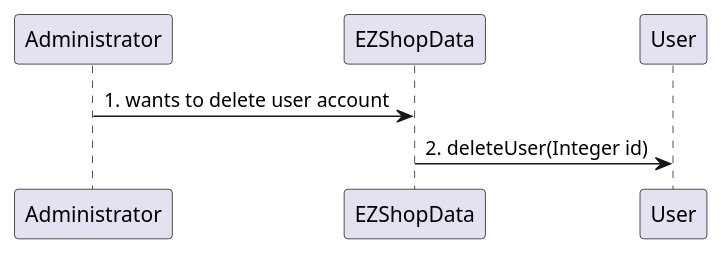
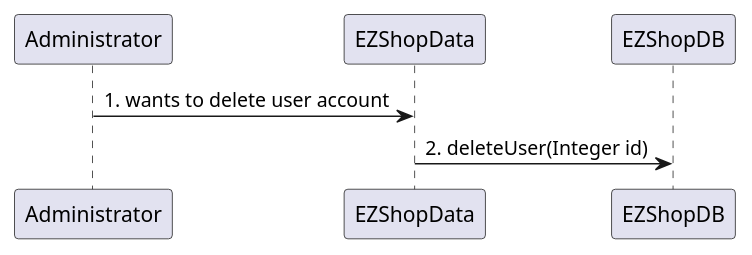
The seventh of 31 diagrams in Deliverables/DesignDocument.md (djemar/softeng_ezshop), drawn with PlantUML before and after one commit. The commit also changed other lines of this file, not shown here.

Commit message:
modified Verification sequence diagrams

````diff
--- a/Deliverables/DesignDocument.md
+++ b/Deliverables/DesignDocument.md
@@ -311,5 +314,5 @@
 ```plantuml
 "Administrator" -> "EZShopData": 1. wants to delete user account
-"EZShopData" -> "User": 2. deleteUser(Integer id)
+"EZShopData" -> "EZShopDB": 2. deleteUser(Integer id)
 
 ```
````
